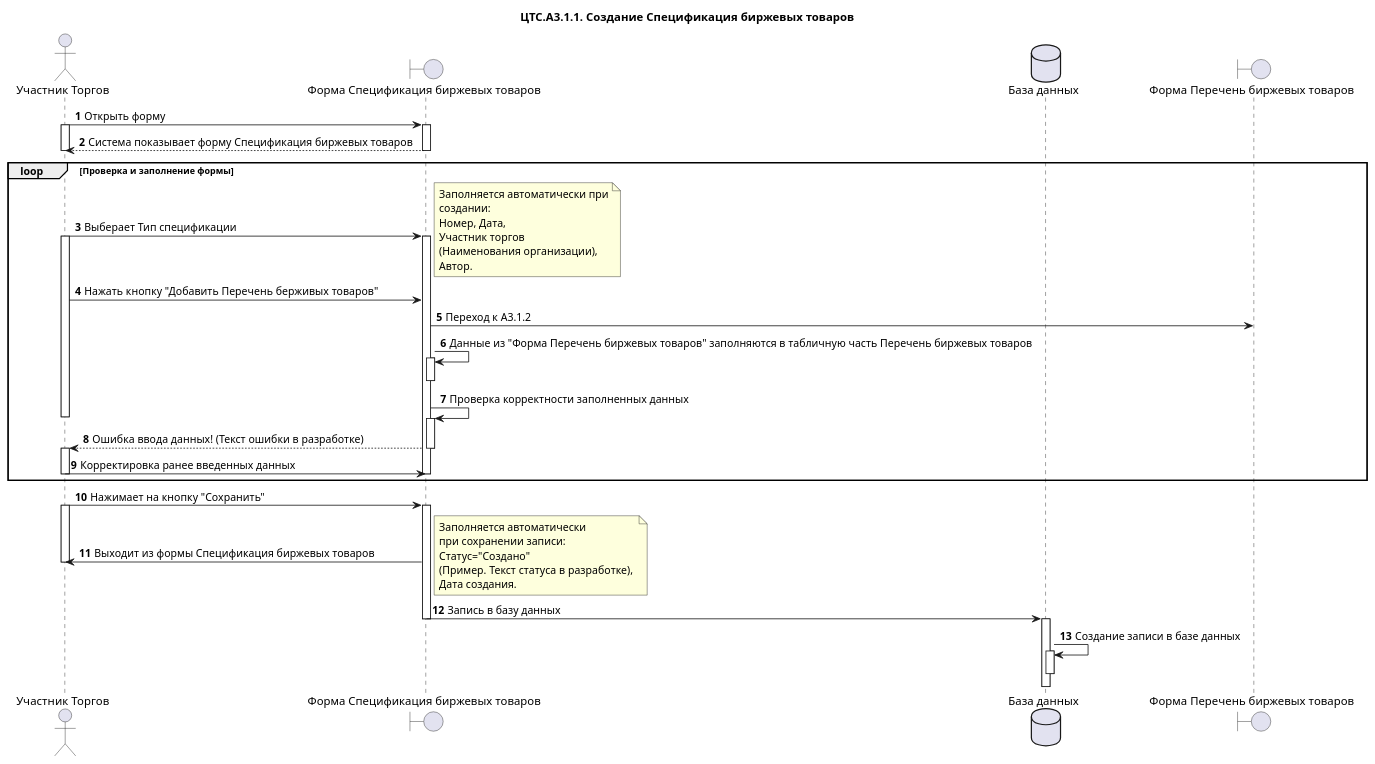
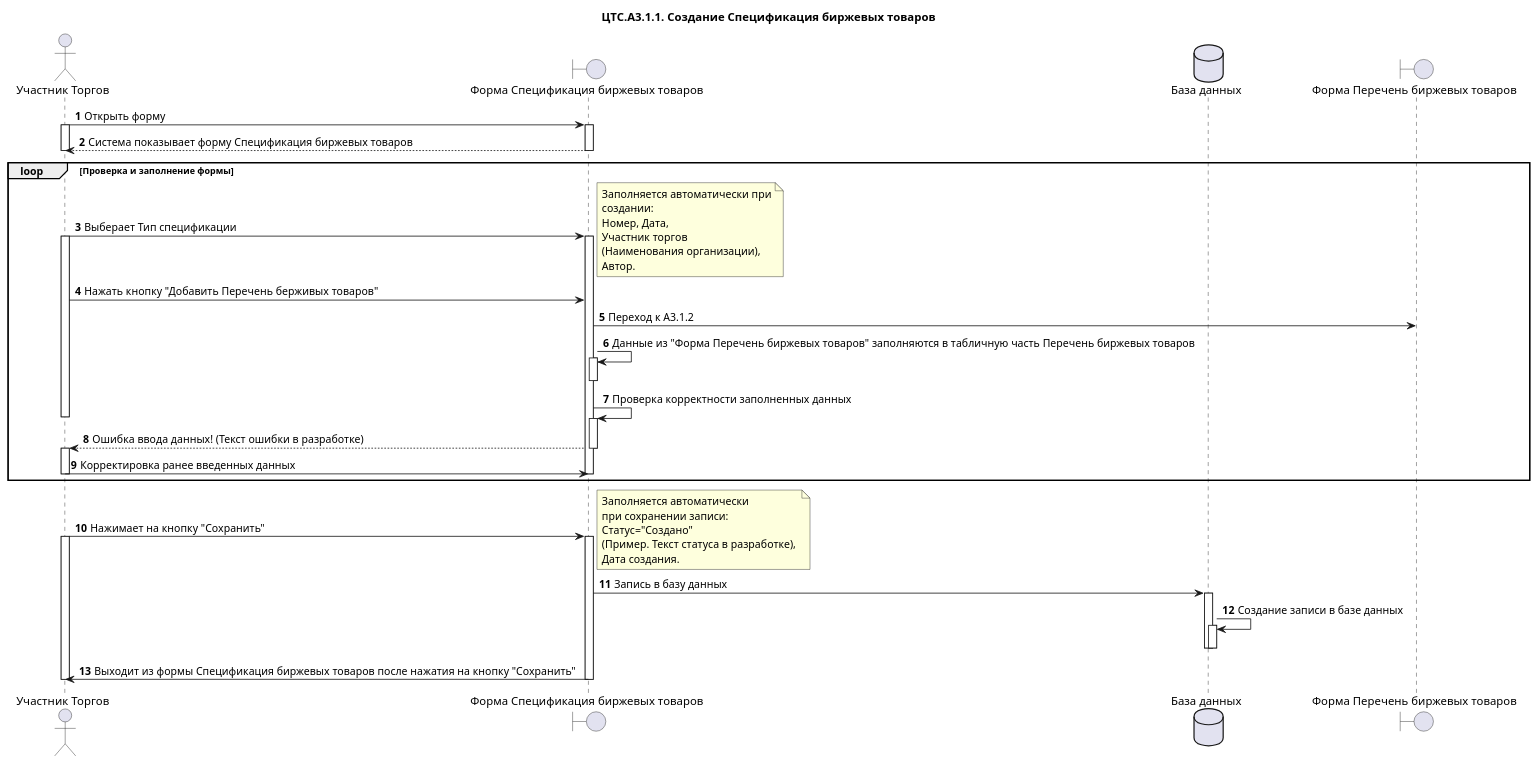
Before and after one commit to moaxmoaxpxrf4jag/CTS.Documentation: the diagram in Project solutions/БП. Диаграммы/A3.Управление Каталогом ТРУ/A3.1.Допуск товара к торгам/ЦТС.А3.1.1.Создание Спецификация биржевых товаров.wsd, drawn with PlantUML.

```diff
--- a/Project solutions/БП. Диаграммы/A3.Управление Каталогом ТРУ/A3.1.Допуск товара к торгам/ЦТС.А3.1.1.Создание Спецификация биржевых товаров.wsd
+++ b/Project solutions/БП. Диаграммы/A3.Управление Каталогом ТРУ/A3.1.Допуск товара к торгам/ЦТС.А3.1.1.Создание Спецификация биржевых товаров.wsd
@@ -1,69 +1,71 @@
 @startuml "ЦТС.А3.1 Допуск товара к торгам"
 title "ЦТС.А3.1.1. Создание Спецификация биржевых товаров"
 actor "Участник Торгов" as User
 boundary "Форма Спецификация биржевых товаров" as SpecificationForm
 database "База данных" as Database
 boundary "Форма Перечень биржевых товаров" as SpecificationCommoditiesForm
 
 autonumber
 User -> SpecificationForm: Открыть форму
 activate User
 activate SpecificationForm
 
 SpecificationForm-->User: Система показывает форму Спецификация биржевых товаров
 deactivate User
 deactivate SpecificationForm
 
 loop Проверка и заполнение формы
 
 User -> SpecificationForm: Выберает Тип спецификации
 note right
     Заполняется автоматически при
     создании: 
     Номер, Дата, 
     Участник торгов
     (Наименования организации), 
     Автор.
  end note
 activate User
 activate SpecificationForm
 
 User -> SpecificationForm: Нажать кнопку "Добавить Перечень берживых товаров"
 SpecificationForm -> SpecificationCommoditiesForm: Переход к А3.1.2
 SpecificationForm -> SpecificationForm: Данные из "Форма Перечень биржевых товаров" заполняются в табличную часть Перечень биржевых товаров
 activate SpecificationForm
 deactivate SpecificationForm
 SpecificationForm -> SpecificationForm: Проверка корректности заполненных данных 
 activate SpecificationForm
 deactivate User
 
 SpecificationForm --> User: Ошибка ввода данных! (Текст ошибки в разработке) 
 deactivate SpecificationForm
 activate User
 
 User->SpecificationForm: Корректировка ранее введенных данных
 deactivate User
 deactivate SpecificationForm
 end
 
 
 User -> SpecificationForm: Нажимает на кнопку "Cохранить"
 activate SpecificationForm
 activate User
-SpecificationForm->User: Выходит из формы Спецификация биржевых товаров
-deactivate User
 note right
     Заполняется автоматически 
     при сохранении записи: 
     Статус="Создано"
     (Пример. Текст статуса в разработке), 
     Дата создания.
 end note
 SpecificationForm->Database: Запись в базу данных
-deactivate SpecificationForm
+
 
 activate Database
 Database->Database: Создание записи в базе данных
 activate Database
 deactivate Database
+deactivate Database
+SpecificationForm->User: Выходит из формы Спецификация биржевых товаров после нажатия на кнопку "Cохранить"
+deactivate SpecificationForm
+deactivate User
 @enduml
```
